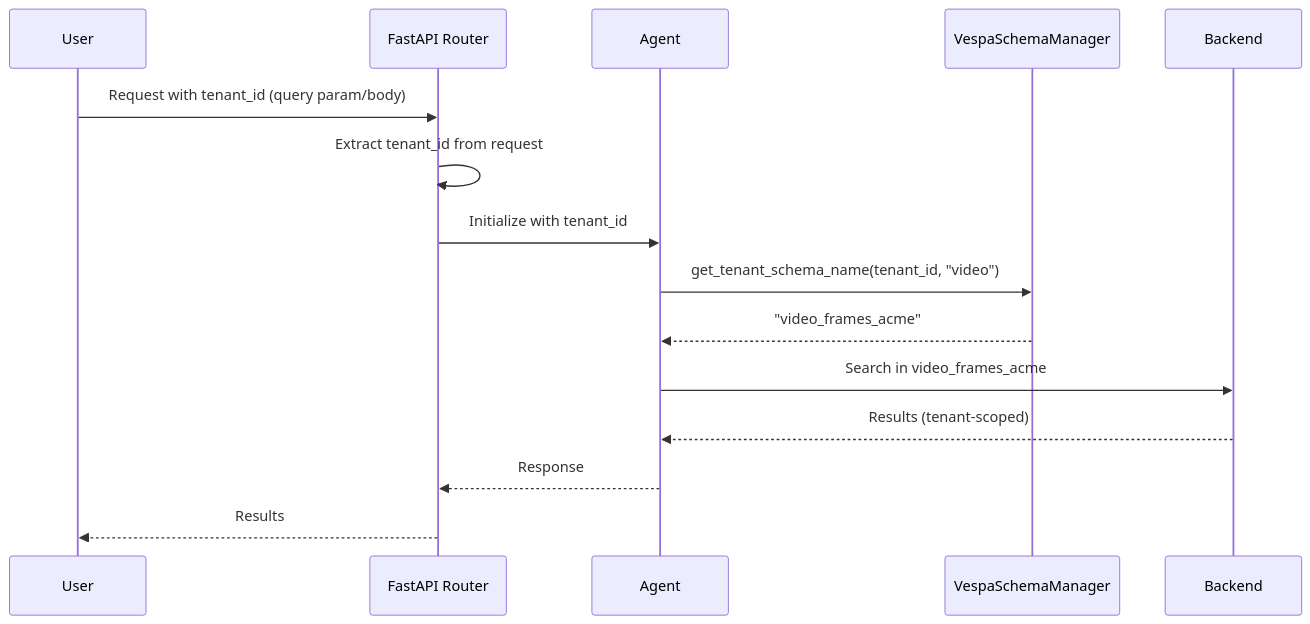
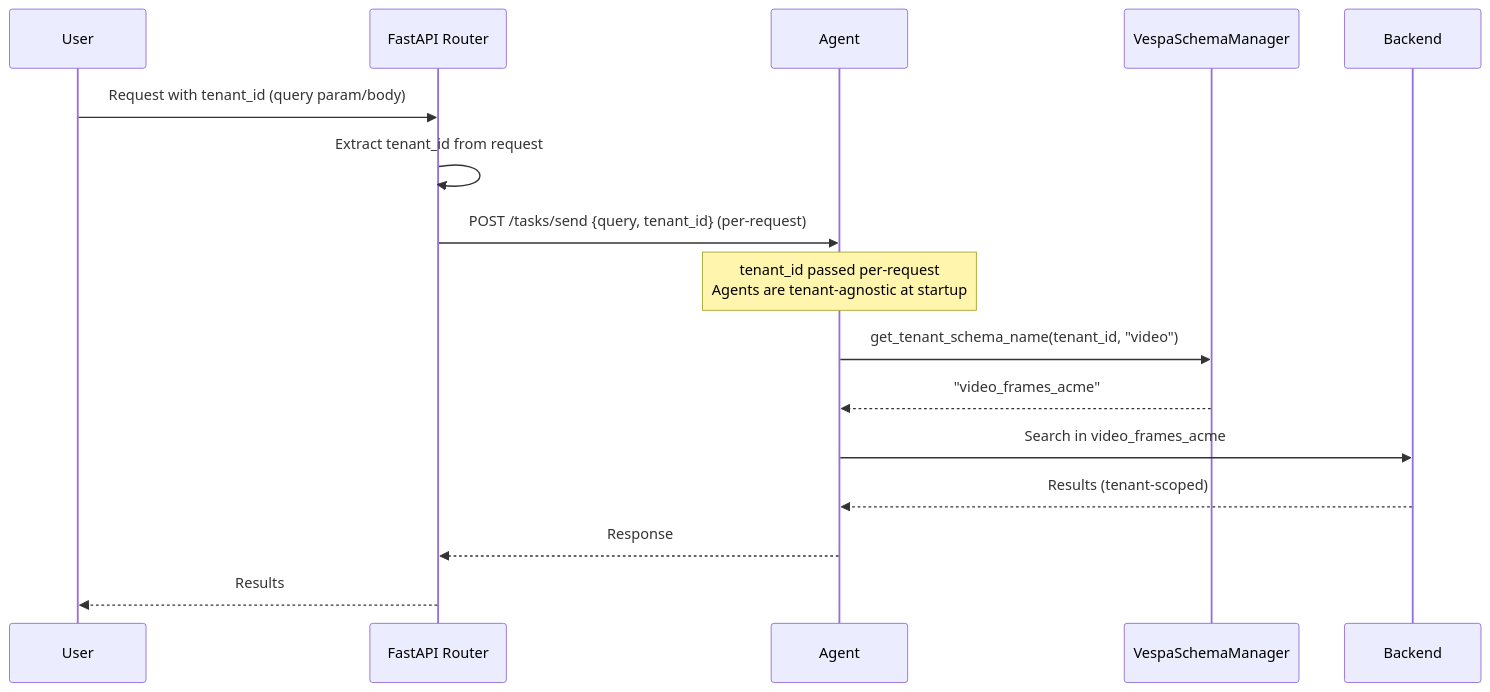
The third of 6 diagrams in docs/architecture/overview.md (amit-jain/cogniverse), drawn with Mermaid before and after one commit. The commit also changed other lines of this file and 137 other files, not shown here.

First line of the commit message:
Refactor agents to tenant-agnostic startup with per-request tenant routing

````diff
--- a/docs/architecture/overview.md
+++ b/docs/architecture/overview.md
@@ -284,21 +283,23 @@
 ```mermaid
 sequenceDiagram
     participant User
     participant FastAPI as FastAPI Router
     participant Agent
     participant SchemaManager as VespaSchemaManager
     participant Backend
 
     User->>FastAPI: Request with tenant_id (query param/body)
 
     FastAPI->>FastAPI: Extract tenant_id from request
-    FastAPI->>Agent: Initialize with tenant_id
+    FastAPI->>Agent: POST /tasks/send {query, tenant_id} (per-request)
+
+    Note over Agent: tenant_id passed per-request<br/>Agents are tenant-agnostic at startup
 
     Agent->>SchemaManager: get_tenant_schema_name(tenant_id, "video")
     SchemaManager-->>Agent: "video_frames_acme"
 
     Agent->>Backend: Search in video_frames_acme
     Backend-->>Agent: Results (tenant-scoped)
     Agent-->>FastAPI: Response
     FastAPI-->>User: Results
 ```
````
